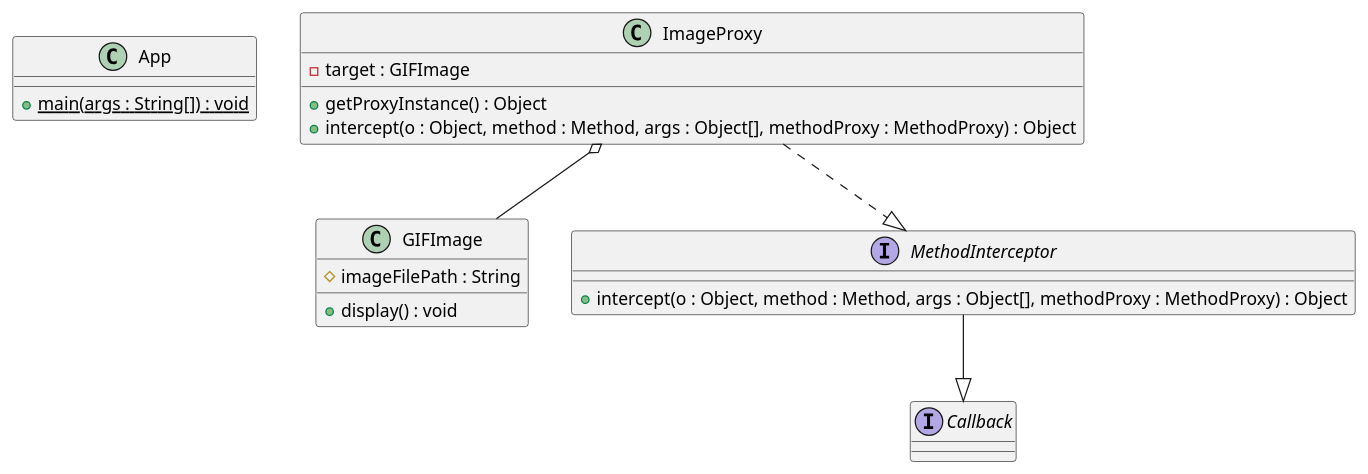
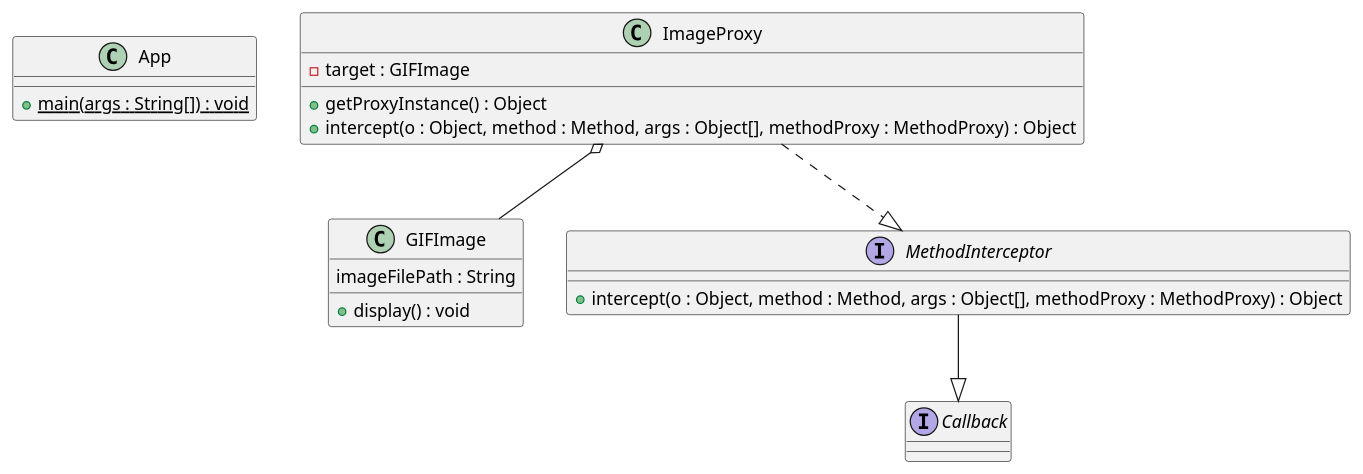
Before and after one commit to bsyonline/microlabs: the diagram in design-pattern/src/main/java/com/rolex/microlabs/structural/proxy/cglib/uml/cglib_proxy.puml, drawn with PlantUML.

```diff
--- a/design-pattern/src/main/java/com/rolex/microlabs/structural/proxy/cglib/uml/cglib_proxy.puml
+++ b/design-pattern/src/main/java/com/rolex/microlabs/structural/proxy/cglib/uml/cglib_proxy.puml
@@ -1,28 +1,28 @@
 @startuml
 
 class App {
     + main(args : String[]) {static} : void
 }
 
 class GIFImage {
-    # imageFilePath : String
+    imageFilePath : String
     + display() : void
 }
 
 class ImageProxy {
     - target : GIFImage
     + getProxyInstance() : Object
     + intercept(o : Object, method : Method, args : Object[], methodProxy : MethodProxy) : Object
 }
 
 interface MethodInterceptor {
     + intercept(o : Object, method : Method, args : Object[], methodProxy : MethodProxy) : Object
 }
 
 interface Callback
 
 ImageProxy ..|> MethodInterceptor
 ImageProxy o-- GIFImage
 MethodInterceptor --|> Callback
 
 @enduml
```
